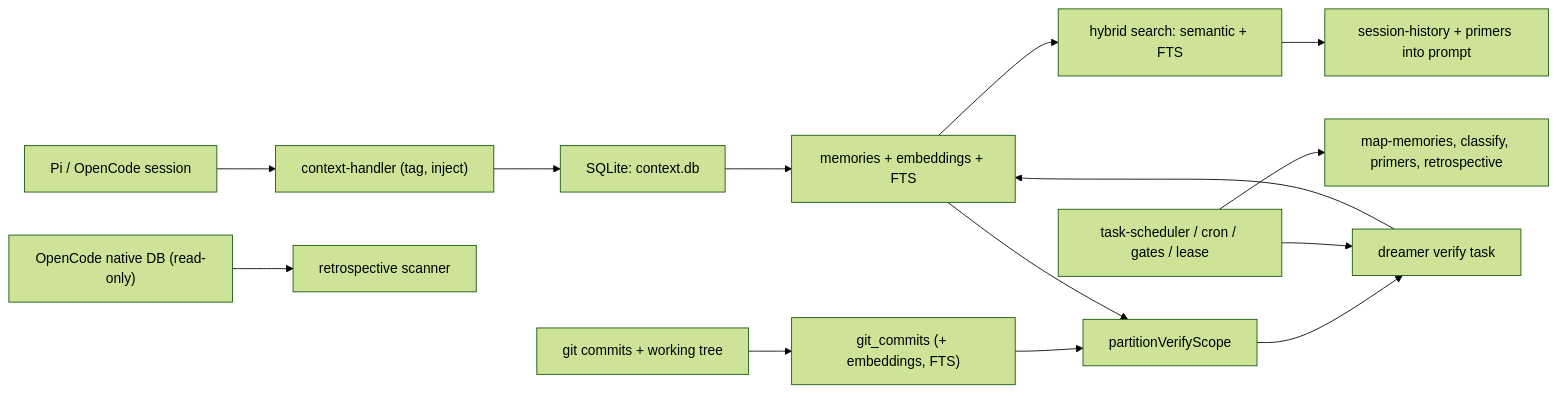
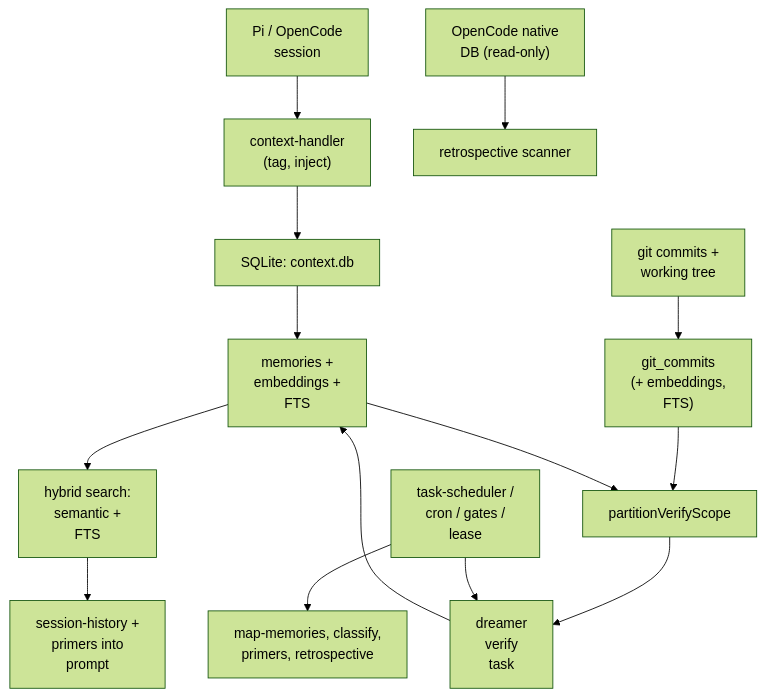
One commit to neoneye/agent-memory-atlas changed the diagram in content/systems/magic-context.md. Above: the diagram before and after it, drawn with Mermaid (forest theme). The commit also changed 99 other files, not shown here.

First line of the commit message:
Reshape the remaining 49 diagrams so their labels are legible

````diff
--- a/content/systems/magic-context.md
+++ b/content/systems/magic-context.md
@@ -101,16 +101,16 @@
 ```mermaid
-flowchart LR
-  Sess["Pi / OpenCode session"] --> Ctx["context-handler (tag, inject)"]
+flowchart TD
+  Sess["Pi / OpenCode<br/>session"] --> Ctx["context-handler<br/>(tag, inject)"]
   Ctx --> Store["SQLite: context.db"]
-  Store --> Mem["memories + embeddings + FTS"]
-  Git["git commits + working tree"] --> GC["git_commits (+ embeddings, FTS)"]
+  Store --> Mem["memories +<br/>embeddings +<br/>FTS"]
+  Git["git commits +<br/>working tree"] --> GC["git_commits<br/>(+ embeddings,<br/>FTS)"]
   GC --> Gate["partitionVerifyScope"]
   Mem --> Gate
-  Gate --> Verify["dreamer verify task"]
+  Gate --> Verify["dreamer<br/>verify<br/>task"]
   Verify --> Mem
-  Sched["task-scheduler / cron / gates / lease"] --> Verify
-  Sched --> Other["map-memories, classify, primers, retrospective"]
-  Mem --> Search["hybrid search: semantic + FTS"]
-  Search --> Inject["session-history + primers into prompt"]
-  OC["OpenCode native DB (read-only)"] --> Retro["retrospective scanner"]
+  Sched["task-scheduler /<br/>cron / gates /<br/>lease"] --> Verify
+  Sched --> Other["map-memories, classify,<br/>primers, retrospective"]
+  Mem --> Search["hybrid search:<br/>semantic +<br/>FTS"]
+  Search --> Inject["session-history +<br/>primers into<br/>prompt"]
+  OC["OpenCode native<br/>DB (read-only)"] --> Retro["retrospective scanner"]
 ```
````
